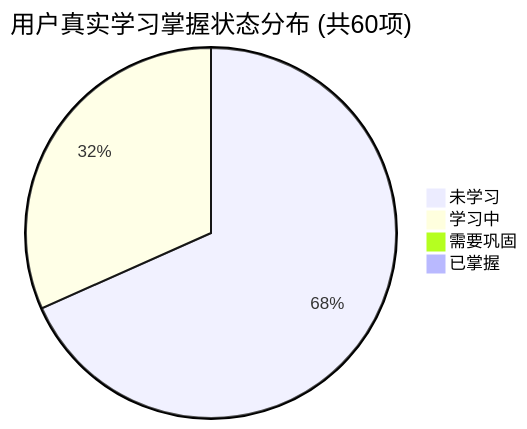
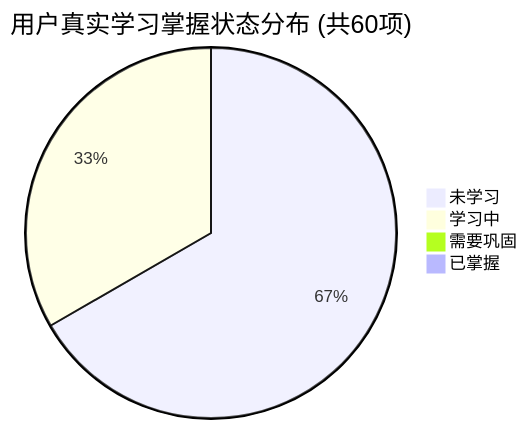
Before and after one commit to tieke1121/tech-interview-knowledge-base: the first of 2 diagrams in PROGRESS.md, drawn with Mermaid. The commit also changed other lines of this file and 1 other file, not shown here.

````diff
--- a/PROGRESS.md
+++ b/PROGRESS.md
@@ -27,7 +27,7 @@
 ```mermaid
 pie title 用户真实学习掌握状态分布 (共60项)
-    "未学习" : 41
-    "学习中" : 19
+    "未学习" : 40
+    "学习中" : 20
     "需要巩固" : 0
     "已掌握" : 0
 ```
````
